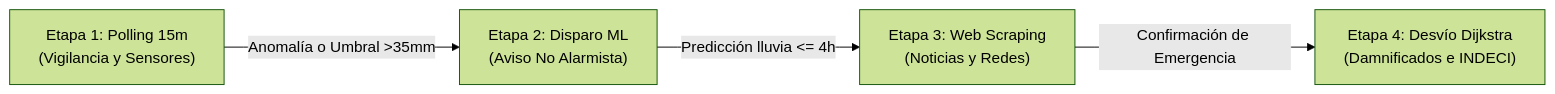
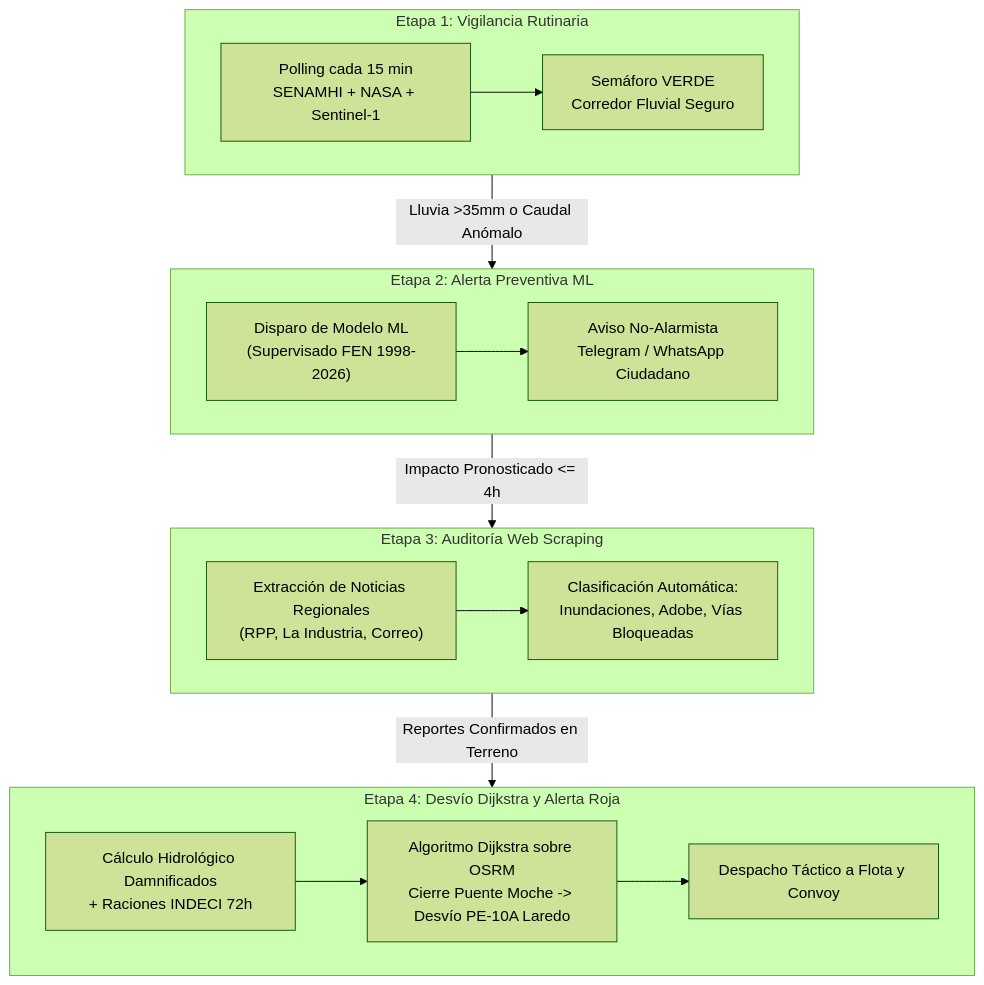
The first of 2 diagrams in README.md (robertpid/kyberna-ia), drawn with Mermaid (forest theme) before and after one commit. The commit also changed other lines of this file and 6 other files, not shown here.

````diff
--- a/README.md
+++ b/README.md
@@ -11,6 +50,31 @@
 ```mermaid
-flowchart LR
-    A["Etapa 1: Polling 15m\n(Vigilancia y Sensores)"] -->|Anomalía o Umbral >35mm| B["Etapa 2: Disparo ML\n(Aviso No Alarmista)"]
-    B -->|Predicción lluvia <= 4h| C["Etapa 3: Web Scraping\n(Noticias y Redes)"]
-    C -->|Confirmación de Emergencia| D["Etapa 4: Desvío Dijkstra\n(Damnificados e INDECI)"]
+flowchart TD
+    subgraph E1["Etapa 1: Vigilancia Rutinaria"]
+        A1["Polling cada 15 min\nSENAMHI + NASA + Sentinel-1"]
+        A2["Semáforo VERDE\nCorredor Fluvial Seguro"]
+        A1 --> A2
+    end
+
+    subgraph E2["Etapa 2: Alerta Preventiva ML"]
+        B1["Disparo de Modelo ML\n(Supervisado FEN 1998-2026)"]
+        B2["Aviso No-Alarmista\nTelegram / WhatsApp Ciudadano"]
+        B1 --> B2
+    end
+
+    subgraph E3["Etapa 3: Auditoría Web Scraping"]
+        C1["Extracción de Noticias Regionales\n(RPP, La Industria, Correo)"]
+        C2["Clasificación Automática:\nInundaciones, Adobe, Vías Bloqueadas"]
+        C1 --> C2
+    end
+
+    subgraph E4["Etapa 4: Desvío Dijkstra y Alerta Roja"]
+        D1["Cálculo Hidrológico Damnificados\n+ Raciones INDECI 72h"]
+        D2["Algoritmo Dijkstra sobre OSRM\nCierre Puente Moche -> Desvío PE-10A Laredo"]
+        D3["Despacho Táctico a Flota y Convoy"]
+        D1 --> D2 --> D3
+    end
+
+    E1 -->|Lluvia >35mm o Caudal Anómalo| E2
+    E2 -->|Impacto Pronosticado <= 4h| E3
+    E3 -->|Reportes Confirmados en Terreno| E4
 ```
````
